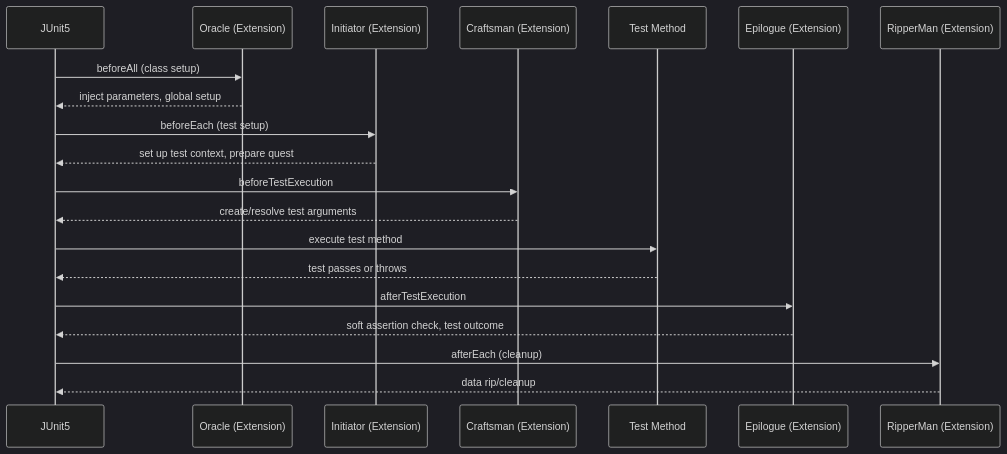
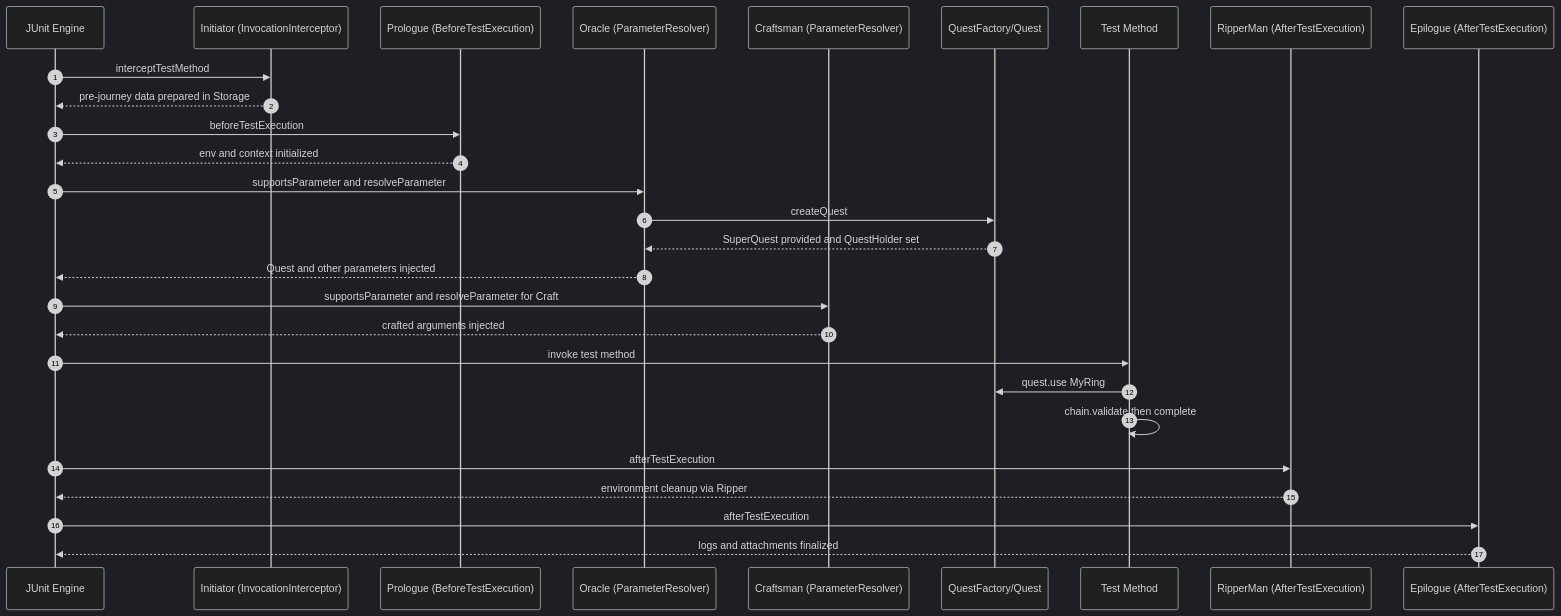
Before and after one commit to CyborgCodeSyndicate/roa-libraries: the fourth of 4 diagrams in test-framework/README.md, drawn with Mermaid (dark theme). The commit also changed other lines of this file and 3 other files, not shown here.

````diff
--- a/test-framework/README.md
+++ b/test-framework/README.md
@@ -121,23 +387,30 @@
 ```mermaid
 sequenceDiagram
-participant JUnit as JUnit5
-participant Oracle as Oracle (Extension)
-participant Initiator as Initiator (Extension)
-participant Craftsman as Craftsman (Extension)
-participant Test as Test Method
-participant Epilogue as Epilogue (Extension)
-participant RipperMan as RipperMan (Extension)
-
-    JUnit->>Oracle: beforeAll (class setup)
-    Oracle-->>JUnit: inject parameters, global setup
-    JUnit->>Initiator: beforeEach (test setup)
-    Initiator-->>JUnit: set up test context, prepare quest
-    JUnit->>Craftsman: beforeTestExecution
-    Craftsman-->>JUnit: create/resolve test arguments
-    JUnit->>Test: execute test method
-    Test-->>JUnit: test passes or throws
-    JUnit->>Epilogue: afterTestExecution
-    Epilogue-->>JUnit: soft assertion check, test outcome
-    JUnit->>RipperMan: afterEach (cleanup)
-    RipperMan-->>JUnit: data rip/cleanup
+  autonumber
+  participant J as JUnit Engine
+  participant I as Initiator (InvocationInterceptor)
+  participant P as Prologue (BeforeTestExecution)
+  participant O as Oracle (ParameterResolver)
+  participant C as Craftsman (ParameterResolver)
+  participant F as QuestFactory/Quest
+  participant T as Test Method
+  participant R as RipperMan (AfterTestExecution)
+  participant E as Epilogue (AfterTestExecution)
+  J->>I: interceptTestMethod
+  I-->>J: pre-journey data prepared in Storage
+  J->>P: beforeTestExecution
+  P-->>J: env and context initialized
+  J->>O: supportsParameter and resolveParameter
+  O->>F: createQuest
+  F-->>O: SuperQuest provided and QuestHolder set
+  O-->>J: Quest and other parameters injected
+  J->>C: supportsParameter and resolveParameter for Craft
+  C-->>J: crafted arguments injected
+  J->>T: invoke test method
+  T->>F: quest.use MyRing
+  T->>T: chain.validate then complete
+  J->>R: afterTestExecution
+  R-->>J: environment cleanup via Ripper
+  J->>E: afterTestExecution
+  E-->>J: logs and attachments finalized
 ```
````
